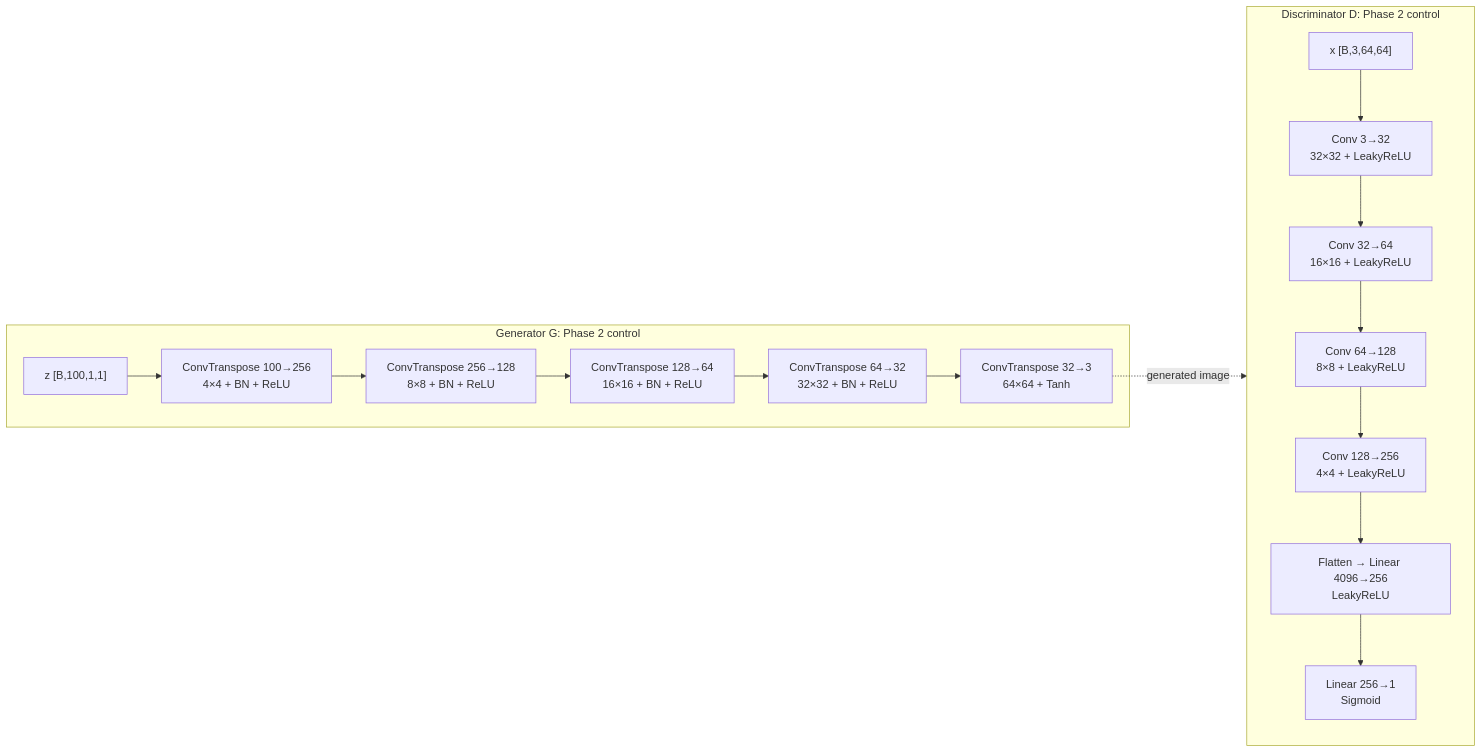
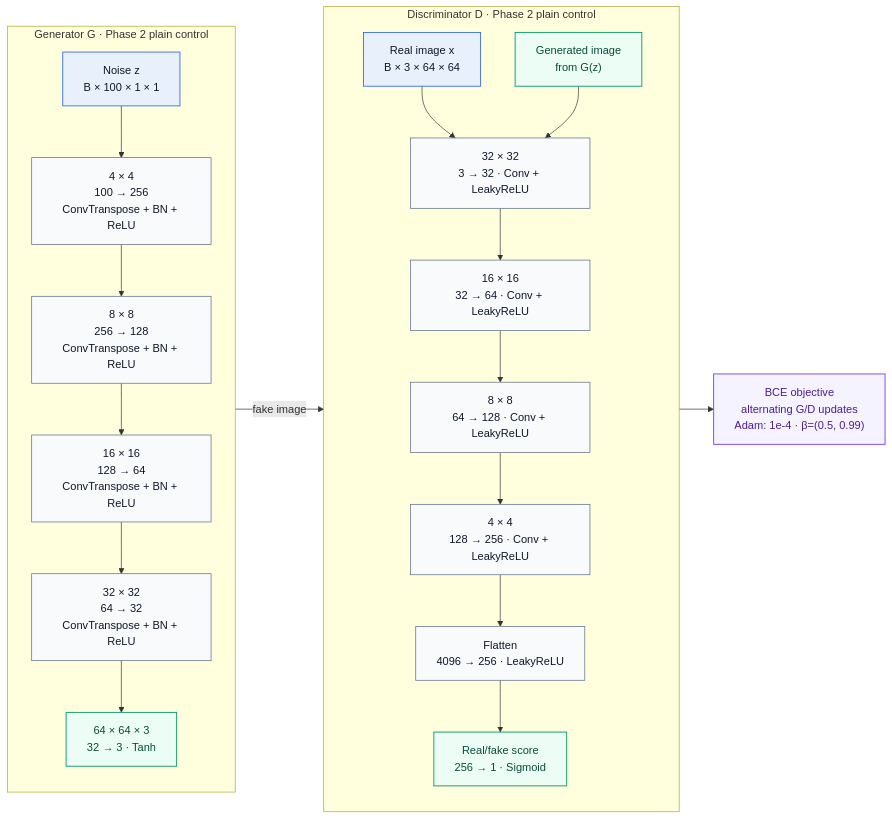
The second of 3 diagrams in README.md (luoge850-lang/dcgan-anime-face-lab), drawn with Mermaid before and after one commit. The commit also changed other lines of this file, not shown here.

First line of the commit message:
docs: refine README architecture diagrams

```diff
--- a/README.md
+++ b/README.md
@@ -108,19 +142,34 @@
 ~~~mermaid
 flowchart LR
-    subgraph G["Generator G: Phase 2 control"]
-        Z["z [B,100,1,1]"] --> G0["ConvTranspose 100→256<br/>4×4 + BN + ReLU"]
-        G0 --> G1["ConvTranspose 256→128<br/>8×8 + BN + ReLU"]
-        G1 --> G2["ConvTranspose 128→64<br/>16×16 + BN + ReLU"]
-        G2 --> G3["ConvTranspose 64→32<br/>32×32 + BN + ReLU"]
-        G3 --> G4["ConvTranspose 32→3<br/>64×64 + Tanh"]
+    subgraph GEN["Generator G · Phase 2 plain control"]
+        direction TB
+        Z["Noise z<br/>B × 100 × 1 × 1"] --> G0["4 × 4<br/>100 → 256<br/>ConvTranspose + BN + ReLU"]
+        G0 --> G1["8 × 8<br/>256 → 128<br/>ConvTranspose + BN + ReLU"]
+        G1 --> G2["16 × 16<br/>128 → 64<br/>ConvTranspose + BN + ReLU"]
+        G2 --> G3["32 × 32<br/>64 → 32<br/>ConvTranspose + BN + ReLU"]
+        G3 --> G4["64 × 64 × 3<br/>32 → 3 · Tanh"]
     end
-    subgraph D["Discriminator D: Phase 2 control"]
-        X["x [B,3,64,64]"] --> D0["Conv 3→32<br/>32×32 + LeakyReLU"]
-        D0 --> D1["Conv 32→64<br/>16×16 + LeakyReLU"]
-        D1 --> D2["Conv 64→128<br/>8×8 + LeakyReLU"]
-        D2 --> D3["Conv 128→256<br/>4×4 + LeakyReLU"]
-        D3 --> D4["Flatten → Linear 4096→256<br/>LeakyReLU"]
-        D4 --> D5["Linear 256→1<br/>Sigmoid"]
+
+    subgraph DISC["Discriminator D · Phase 2 plain control"]
+        direction TB
+        XR["Real image x<br/>B × 3 × 64 × 64"] --> D0["32 × 32<br/>3 → 32 · Conv + LeakyReLU"]
+        XF["Generated image<br/>from G(z)"] --> D0
+        D0 --> D1["16 × 16<br/>32 → 64 · Conv + LeakyReLU"]
+        D1 --> D2["8 × 8<br/>64 → 128 · Conv + LeakyReLU"]
+        D2 --> D3["4 × 4<br/>128 → 256 · Conv + LeakyReLU"]
+        D3 --> D4["Flatten<br/>4096 → 256 · LeakyReLU"]
+        D4 --> D5["Real/fake score<br/>256 → 1 · Sigmoid"]
     end
-    G4 -. "generated image" .-> D
+
+    G4 -->|fake image| XF
+    D5 --> LOSS["BCE objective<br/>alternating G/D updates<br/>Adam: 1e-4 · β=(0.5, 0.99)"]
+
+    classDef io fill:#e8f1fb,stroke:#2563eb,color:#0f172a,stroke-width:1.2px;
+    classDef layer fill:#f8fafc,stroke:#64748b,color:#0f172a,stroke-width:1.1px;
+    classDef output fill:#ecfdf5,stroke:#059669,color:#064e3b,stroke-width:1.3px;
+    classDef objective fill:#f5f3ff,stroke:#7c3aed,color:#4c1d95,stroke-width:1.3px;
+    class Z,XR io;
+    class G0,G1,G2,G3,D0,D1,D2,D3,D4 layer;
+    class G4,D5,XF output;
+    class LOSS objective;
 ~~~
```
